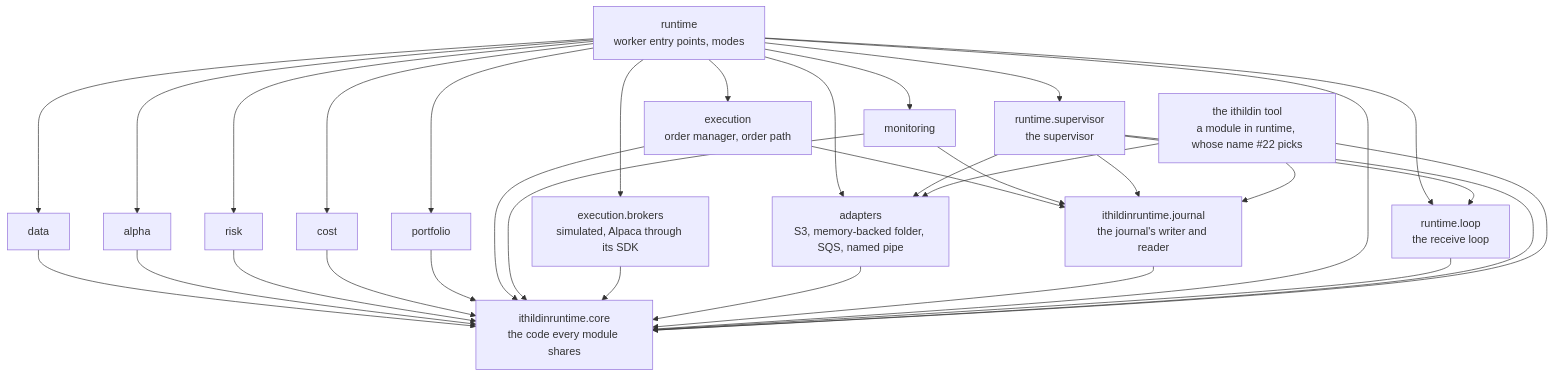
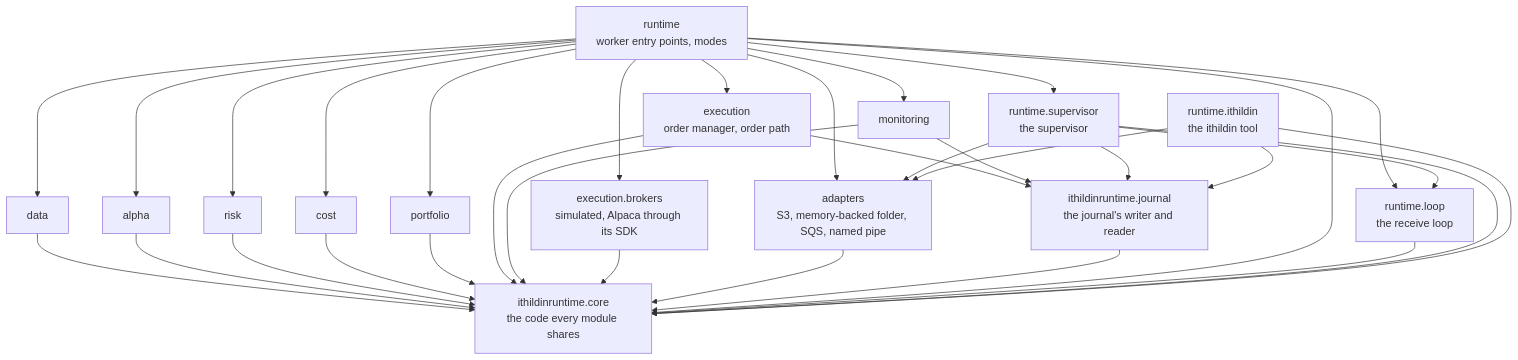
The seventh of 7 diagrams in docs/architecture/05-building-blocks.md (l3a0/ithildin-runtime), drawn with Mermaid before and after one commit. The commit also changed other lines of this file and 26 other files, not shown here.

````diff
--- a/docs/architecture/05-building-blocks.md
+++ b/docs/architecture/05-building-blocks.md
@@ -948,51 +948,51 @@
 ```mermaid
 flowchart TB
     core["ithildinruntime.core<br/>the code every module shares"]
     journal["ithildinruntime.journal<br/>the journal's writer and reader"]
     adapters["adapters<br/>S3, memory-backed folder, SQS, named pipe"]
     data["data"]
     alpha["alpha"]
     risk["risk"]
     cost["cost"]
     portfolio["portfolio"]
     execution["execution<br/>order manager, order path"]
     brokers["execution.brokers<br/>simulated, Alpaca through its SDK"]
     monitoring["monitoring"]
     runtime["runtime<br/>worker entry points, modes"]
     loop["runtime.loop<br/>the receive loop"]
     supervisor["runtime.supervisor<br/>the supervisor"]
-    tool["the ithildin tool<br/>a module in runtime, whose name #22 picks"]
+    tool["runtime.ithildin<br/>the ithildin tool"]
 
     data --> core
     alpha --> core
     risk --> core
     cost --> core
     portfolio --> core
     execution --> core
     monitoring --> core
     brokers --> core
     adapters --> core
     journal --> core
     execution --> journal
     monitoring --> journal
     runtime --> core
     runtime --> adapters
     runtime --> data
     runtime --> alpha
     runtime --> risk
     runtime --> cost
     runtime --> portfolio
     runtime --> execution
     runtime --> brokers
     runtime --> monitoring
     runtime --> loop
     runtime --> supervisor
     loop --> core
     supervisor --> core
     supervisor --> journal
     supervisor --> adapters
     supervisor --> loop
     tool --> core
     tool --> adapters
     tool --> journal
 ```
````
